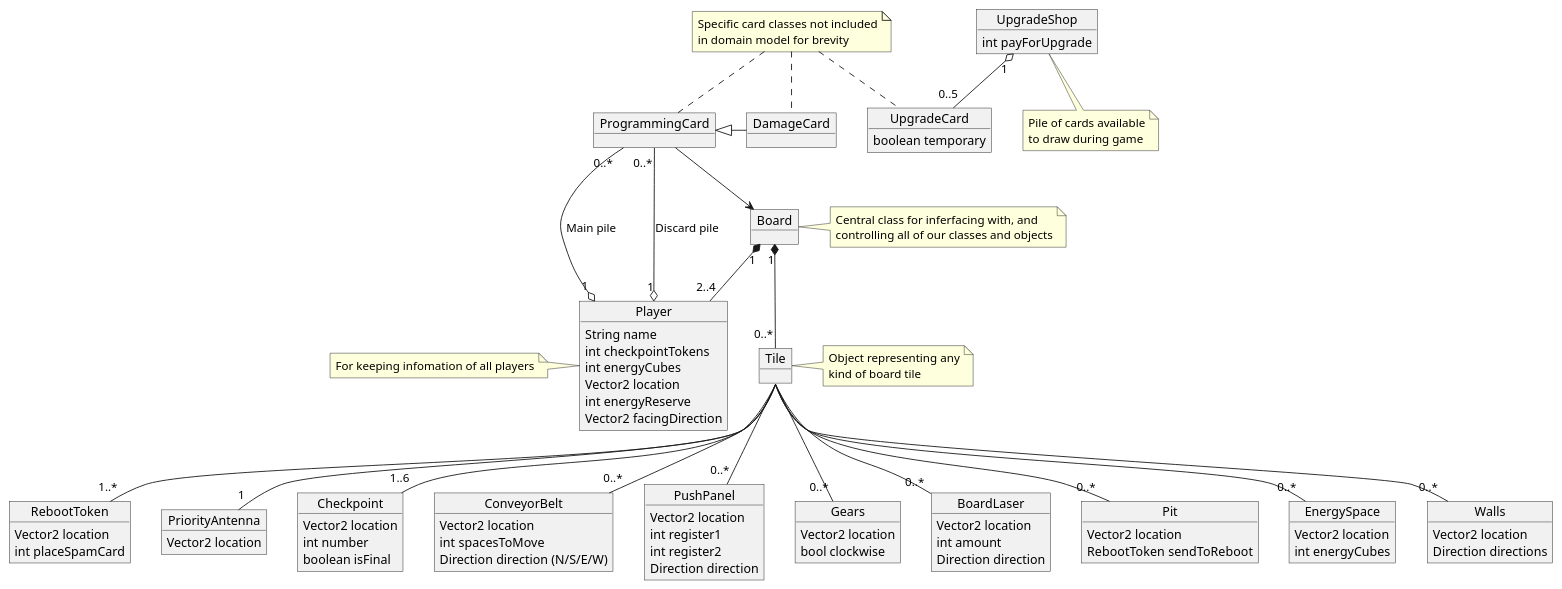
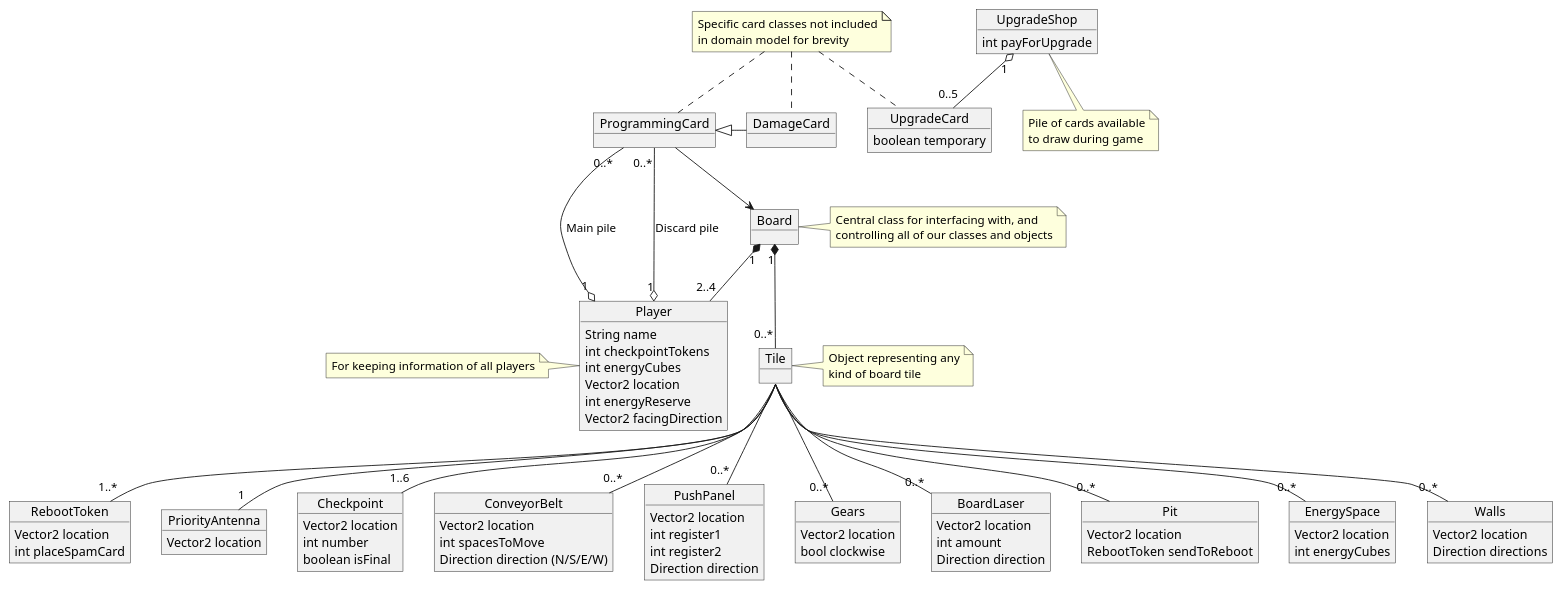
One commit to nikguin04/RoboRally changed the diagram in etc/domain_object.pu. Above: the diagram before and after it, drawn with PlantUML. The commit also changed 18 other files, not shown here.

```diff
--- a/etc/domain_object.pu
+++ b/etc/domain_object.pu
@@ -1,103 +1,103 @@
 @startuml
 
 skinparam groupInheritance 2
 
 object Player {
     String name
     int checkpointTokens
     int energyCubes
     Vector2 location
     int energyReserve
     Vector2 facingDirection
 }
-note left : For keeping infomation of all players
+note left : For keeping information of all players
 object Board
-note right : Central class for inferfacing with, and\ncontrolling all of our classes and objects
+note right : Central class for interfacing with, and\ncontrolling all of our classes and objects
 Board "1" *-- "2..4" Player
 
 
 object Tile
 note right : Object representing any\nkind of board tile
 
 Board "1" *-down- "0..*" Tile
 
 object RebootToken {
     Vector2 location
     int placeSpamCard
 }
 Tile <|.down."1..*" RebootToken
 object PriorityAntenna {
     Vector2 location
 }
 Tile <|.down."1" PriorityAntenna
 object Checkpoint {
     Vector2 location
     int number
     boolean isFinal
 }
 Tile <|.down."1..6" Checkpoint
 object ConveyorBelt {
     Vector2 location
     int spacesToMove
     Direction direction (N/S/E/W)
 }
 Tile <|.down."0..*" ConveyorBelt
 object PushPanel {
     Vector2 location
     int register1
     int register2
     Direction direction
 }
 Tile <|.down."0..*" PushPanel
 object Gears {
     Vector2 location
     bool clockwise
 }
 Tile <|.down."0..*" Gears
 object BoardLaser {
     Vector2 location
     int amount
     Direction direction
 }
 Tile <|.down."0..*" BoardLaser
 object Pit {
     Vector2 location
     RebootToken sendToReboot
 }
 Tile <|.down."0..*" Pit
 object EnergySpace {
     Vector2 location
     int energyCubes
 }
 Tile <|.down."0..*" EnergySpace
 object Walls {
     Vector2 location
     Direction directions
 }
 Tile <|.down."0..*" Walls
 
 note "Specific card classes not included\nin domain model for brevity" as cardnote
 
 object ProgrammingCard
 cardnote .. ProgrammingCard
 ProgrammingCard --> Board
 Player "1" o-up- "0..*" ProgrammingCard : Main pile
 Player "1" o-up- "0..*" ProgrammingCard : Discard pile
 
 object DamageCard
 cardnote .. DamageCard
 ProgrammingCard <|- DamageCard
 
 object UpgradeShop {
     int payForUpgrade
 }
 note bottom : Pile of cards available\nto draw during game
 
 object UpgradeCard {
     boolean temporary
 }
 cardnote .. UpgradeCard
 
 UpgradeShop "1" o-- "0..5" UpgradeCard
 
 @enduml
```
